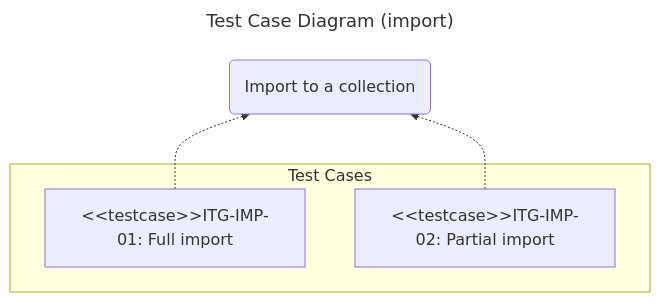
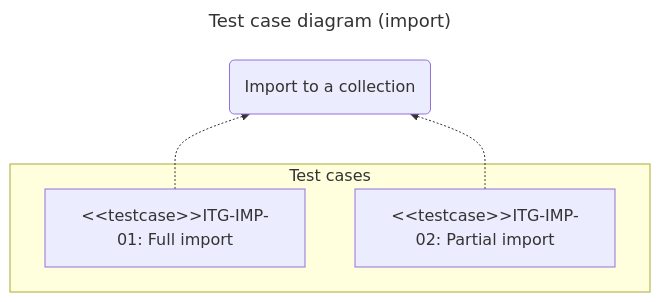
The third of 3 diagrams in docs/spec/tests/integration.en.md (chromiodev/chromie-tool), drawn with Mermaid before and after one commit. The commit also changed other lines of this file and 8 other files, not shown here.

````diff
--- a/docs/spec/tests/integration.en.md
+++ b/docs/spec/tests/integration.en.md
@@ -151,18 +151,18 @@
 ```mermaid
 ---
-title: Test Case Diagram (import)
+title: Test case diagram (import)
 config:
 ---
 
 graph BT
   %% use cases
   importColl@{ shape: "rounded", label: "Import to a collection" }
 
-  subgraph "Test Cases"
+  subgraph "Test cases"
     importFullColl@{ scope="rounded", label: "#lt;#lt;testcase>>ITG-IMP-01: Full import" }
     importPartialColl@{ scope="rounded", label: "#lt;#lt;testcase>>ITG-IMP-02: Partial import" }
   end
 
   importFullColl -.-> importColl
   importPartialColl -.-> importColl
 ```
````
